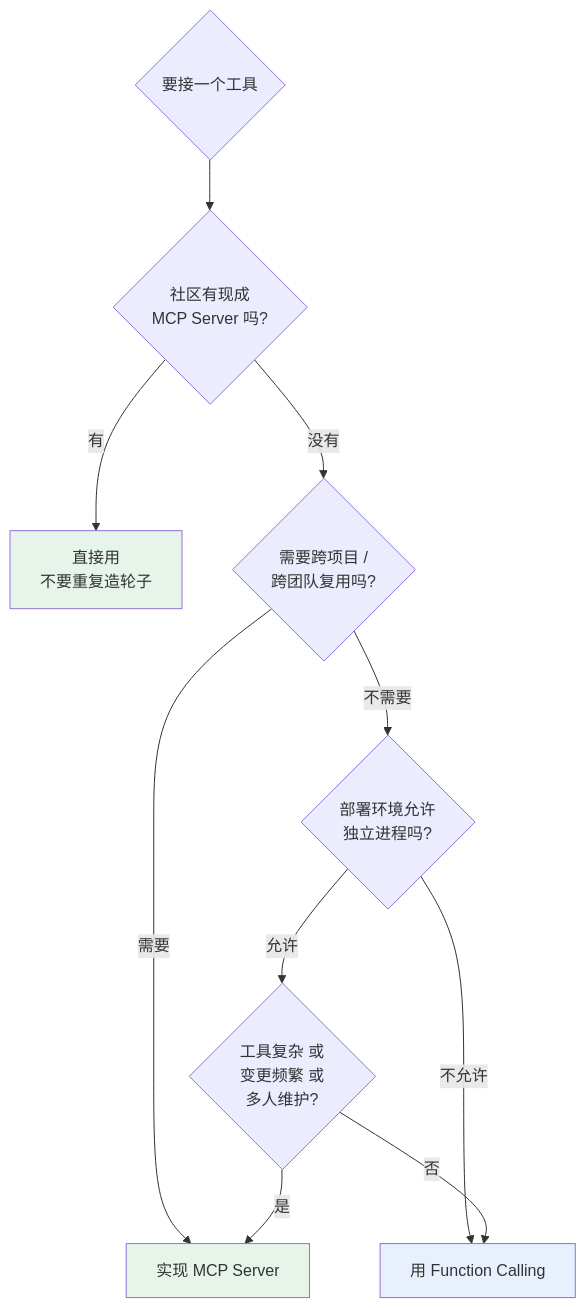
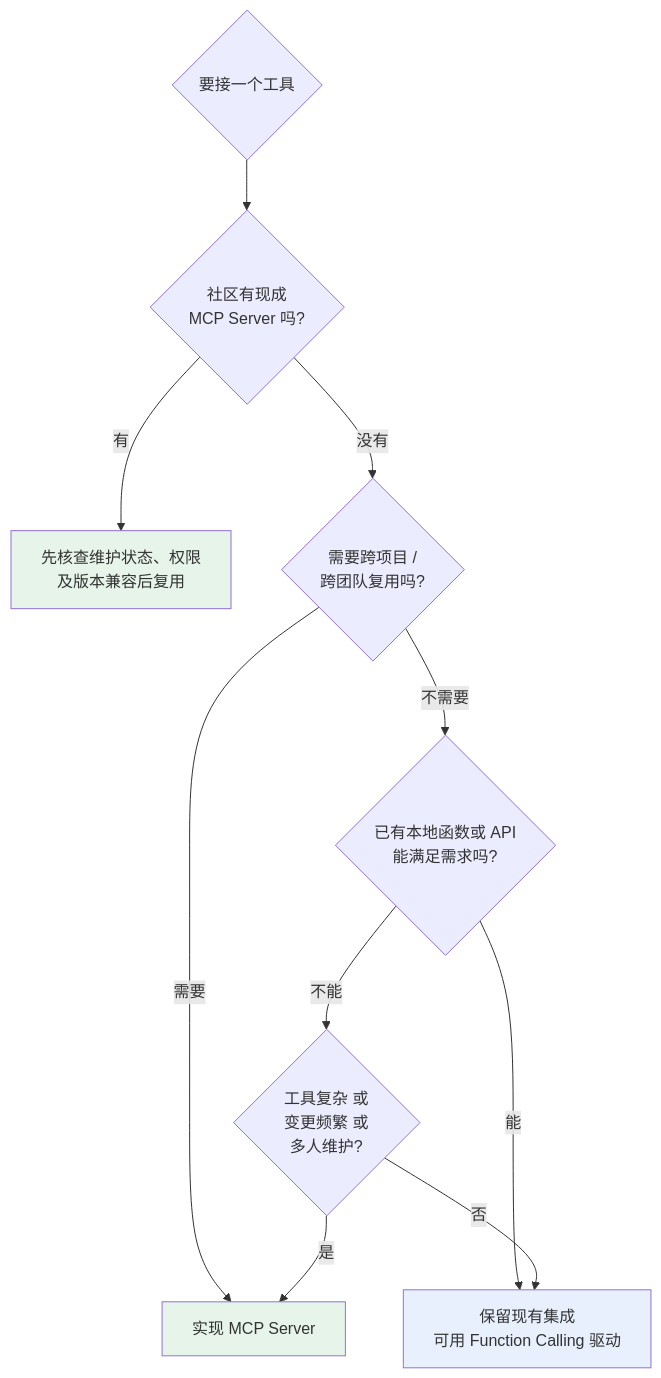
The third of 3 diagrams in docs/tools/02-mcp/06-mcp-vs-function-calling.md (oneleaveknowsthefall/awesome-ai-roadmap), drawn with Mermaid before and after one commit. The commit also changed other lines of this file and 50 other files, not shown here.

````diff
--- a/docs/tools/02-mcp/06-mcp-vs-function-calling.md
+++ b/docs/tools/02-mcp/06-mcp-vs-function-calling.md
@@ -109,16 +111,16 @@
 ```mermaid
 flowchart TB
     START{要接一个工具} --> Q1{社区有现成<br/>MCP Server 吗?}
-    Q1 -->|有| USE_MCP["直接用<br/>不要重复造轮子"]
+    Q1 -->|有| USE_MCP["先核查维护状态、权限<br/>及版本兼容后复用"]
     Q1 -->|没有| Q2{需要跨项目 /<br/>跨团队复用吗?}
     Q2 -->|需要| BUILD_MCP["实现 MCP Server"]
-    Q2 -->|不需要| Q3{部署环境允许<br/>独立进程吗?}
-    Q3 -->|不允许| USE_FC["用 Function Calling"]
-    Q3 -->|允许| Q4{工具复杂 或<br/>变更频繁 或<br/>多人维护?}
+    Q2 -->|不需要| Q3{已有本地函数或 API<br/>能满足需求吗?}
+    Q3 -->|能| USE_FC["保留现有集成<br/>可用 Function Calling 驱动"]
+    Q3 -->|不能| Q4{工具复杂 或<br/>变更频繁 或<br/>多人维护?}
     Q4 -->|是| BUILD_MCP
     Q4 -->|否| USE_FC
 
     style USE_MCP fill:#e6f4ea
     style BUILD_MCP fill:#e6f4ea
     style USE_FC fill:#e8f0fe
 ```
````
